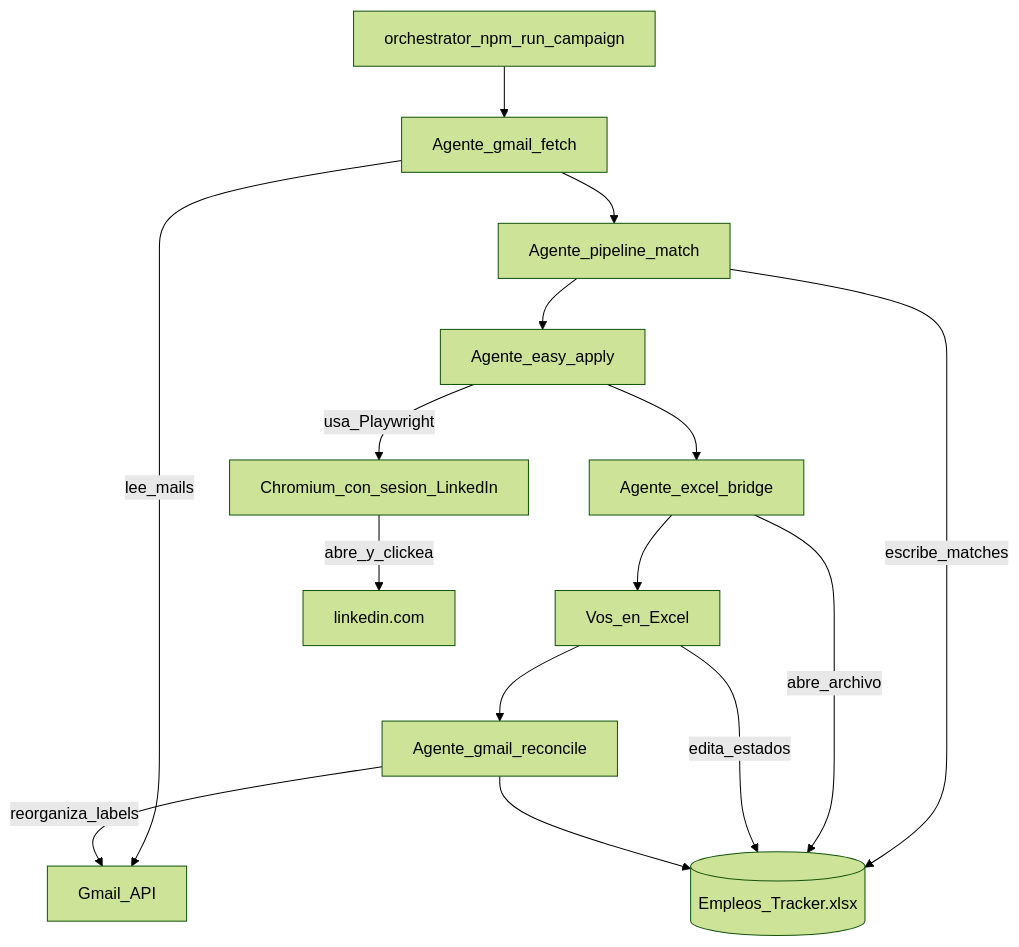
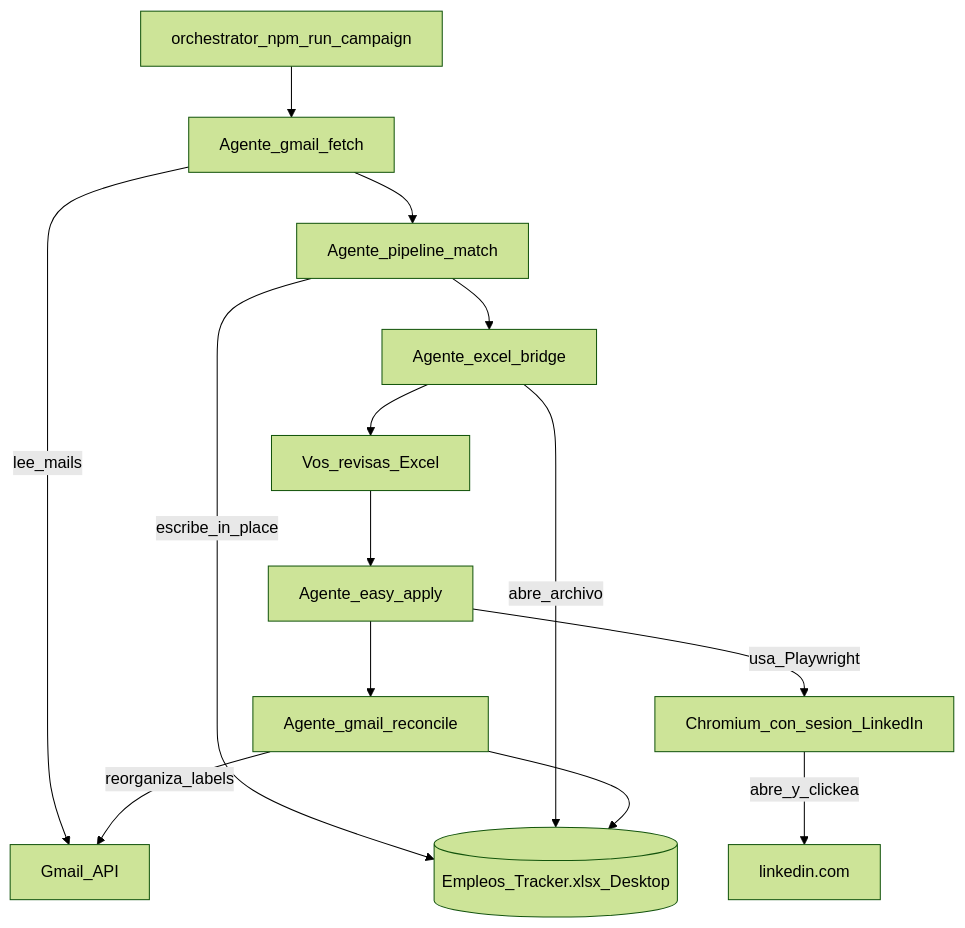
One commit to gabrielagarayzavalia/GGZenLab-Portfolio changed the diagram in projects/qa-job-hunter/docs/campaign-flow.md. Above: the diagram before and after it, drawn with Mermaid (forest theme). The commit also changed other lines of this file and 3 other files, not shown here.

````diff
--- a/projects/qa-job-hunter/docs/campaign-flow.md
+++ b/projects/qa-job-hunter/docs/campaign-flow.md
@@ -13,30 +15,29 @@
 ```mermaid
 flowchart TB
   orch[orchestrator_npm_run_campaign]
 
   A1[Agente_gmail_fetch]
   A2[Agente_pipeline_match]
+  A4[Agente_excel_bridge]
+  Human[Vos_revisas_Excel]
   A3[Agente_easy_apply]
-  A4[Agente_excel_bridge]
   A5[Agente_gmail_reconcile]
-  Human[Vos_en_Excel]
 
-  Excel[(Empleos_Tracker.xlsx)]
+  Excel[(Empleos_Tracker.xlsx_Desktop)]
   GmailAPI[Gmail_API]
   Browser[Chromium_con_sesion_LinkedIn]
 
   orch --> A1
   A1 -->|lee_mails| GmailAPI
   A1 --> A2
-  A2 -->|escribe_matches| Excel
-  A2 --> A3
+  A2 -->|escribe_in_place| Excel
+  A2 --> A4
+  A4 -->|abre_archivo| Excel
+  A4 --> Human
+  Human --> A3
   A3 -->|usa_Playwright| Browser
   Browser -->|abre_y_clickea| LinkedInWeb[linkedin.com]
-  A3 --> A4
-  A4 -->|abre_archivo| Excel
-  A4 --> Human
-  Human -->|edita_estados| Excel
-  Human --> A5
+  A3 --> A5
   A5 -->|reorganiza_labels| GmailAPI
   A5 --> Excel
 ```
````
